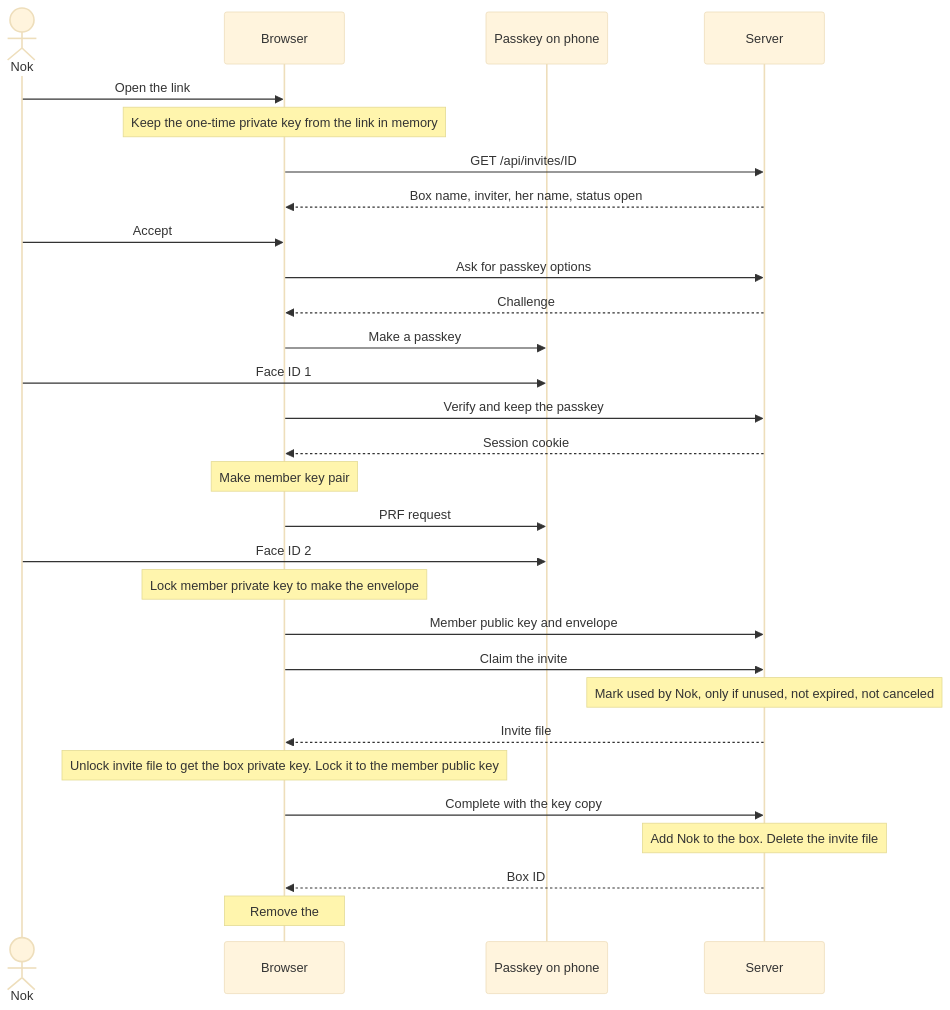
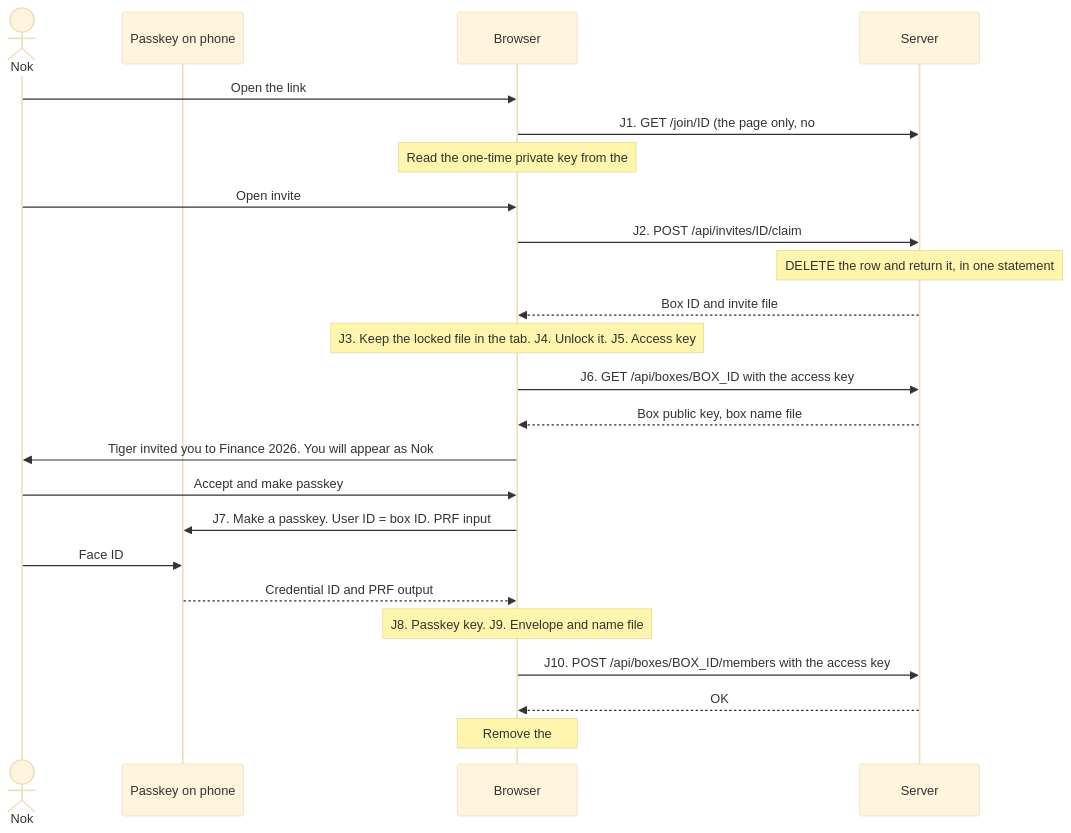
One commit to intaniger/secretbox changed the first of 2 diagrams in docs/05-use-invite.md. Above: the diagram before and after it, drawn with Mermaid (base theme). The commit also changed other lines of this file and 30 other files, not shown here.

First line of the commit message:
No accounts: one passkey per box, four tables

````diff
--- a/docs/05-use-invite.md
+++ b/docs/05-use-invite.md
@@ -39,31 +35,26 @@
 ```mermaid
 sequenceDiagram
   actor N as Nok
+  participant P as Passkey on phone
   participant B as Browser
-  participant P as Passkey on phone
   participant S as Server
   N->>B: Open the link
-  Note over B: Keep the one-time private key from the link in memory
-  B->>S: GET /api/invites/ID
-  S-->>B: Box name, inviter, her name, status open
-  N->>B: Accept
-  B->>S: Ask for passkey options
-  S-->>B: Challenge
-  B->>P: Make a passkey
-  N->>P: Face ID 1
-  B->>S: Verify and keep the passkey
-  S-->>B: Session cookie
-  Note over B: Make member key pair
-  B->>P: PRF request
-  N->>P: Face ID 2
-  Note over B: Lock member private key to make the envelope
-  B->>S: Member public key and envelope
-  B->>S: Claim the invite
-  Note over S: Mark used by Nok, only if unused, not expired, not canceled
-  S-->>B: Invite file
-  Note over B: Unlock invite file to get the box private key. Lock it to the member public key
-  B->>S: Complete with the key copy
-  Note over S: Add Nok to the box. Delete the invite file
-  S-->>B: Box ID
-  Note over B: Remove the # part from the address bar
+  B->>S: J1. GET /join/ID (the page only, no # part)
+  Note over B: Read the one-time private key from the # part
+  N->>B: Open invite
+  B->>S: J2. POST /api/invites/ID/claim
+  Note over S: DELETE the row and return it, in one statement
+  S-->>B: Box ID and invite file
+  Note over B: J3. Keep the locked file in the tab. J4. Unlock it. J5. Access key
+  B->>S: J6. GET /api/boxes/BOX_ID with the access key
+  S-->>B: Box public key, box name file
+  B->>N: Tiger invited you to Finance 2026. You will appear as Nok
+  N->>B: Accept and make passkey
+  B->>P: J7. Make a passkey. User ID = box ID. PRF input
+  N->>P: Face ID
+  P-->>B: Credential ID and PRF output
+  Note over B: J8. Passkey key. J9. Envelope and name file
+  B->>S: J10. POST /api/boxes/BOX_ID/members with the access key
+  S-->>B: OK
+  Note over B: Remove the # part from the address. The box is open
 ```
````
